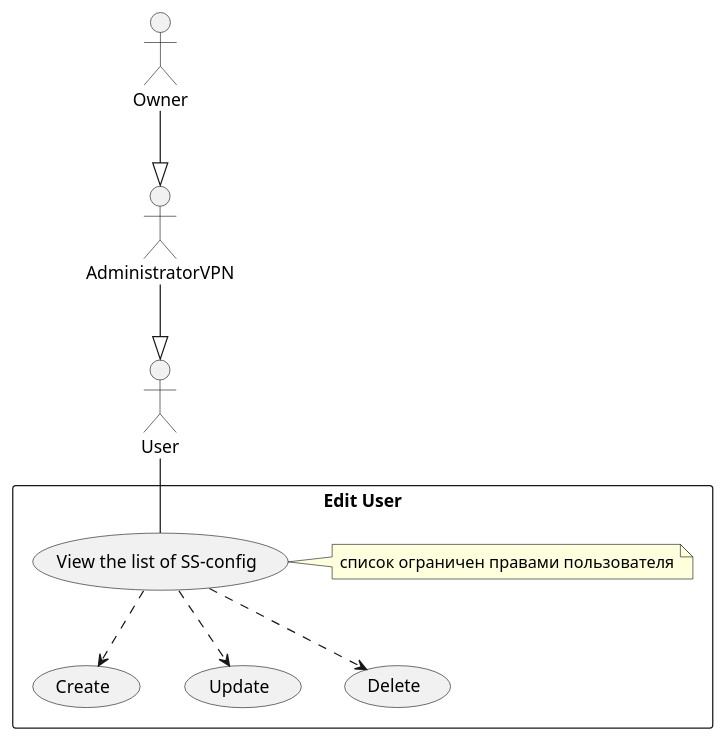
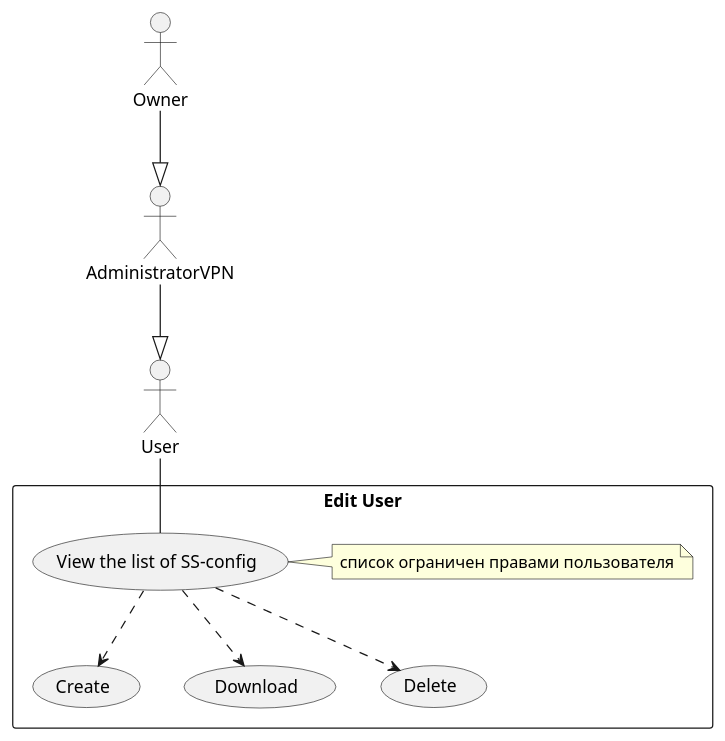
Before and after one commit to MaratDevOps/VPNManagerDoc: the diagram in UserCaseEditSSconfig.plantuml, drawn with PlantUML. The commit also changed 13 other files, not shown here.

```diff
--- a/UserCaseEditSSconfig.plantuml
+++ b/UserCaseEditSSconfig.plantuml
@@ -1,20 +1,20 @@
 @startuml
 
 actor AdministratorVPN
 actor Owner 
 actor User
 
 Owner --|> AdministratorVPN
 AdministratorVPN --|> User
 
 rectangle "Edit User" {
 User  -- (View the list of SS-config)
 note right of (View the list of SS-config)
         список ограничен правами пользователя
 end note
 (View the list of SS-config) ..> (Create)
-(View the list of SS-config) ..> (Update)
+(View the list of SS-config) ..> (Download)
 (View the list of SS-config) ..> (Delete)
 
 }
 @enduml
```
